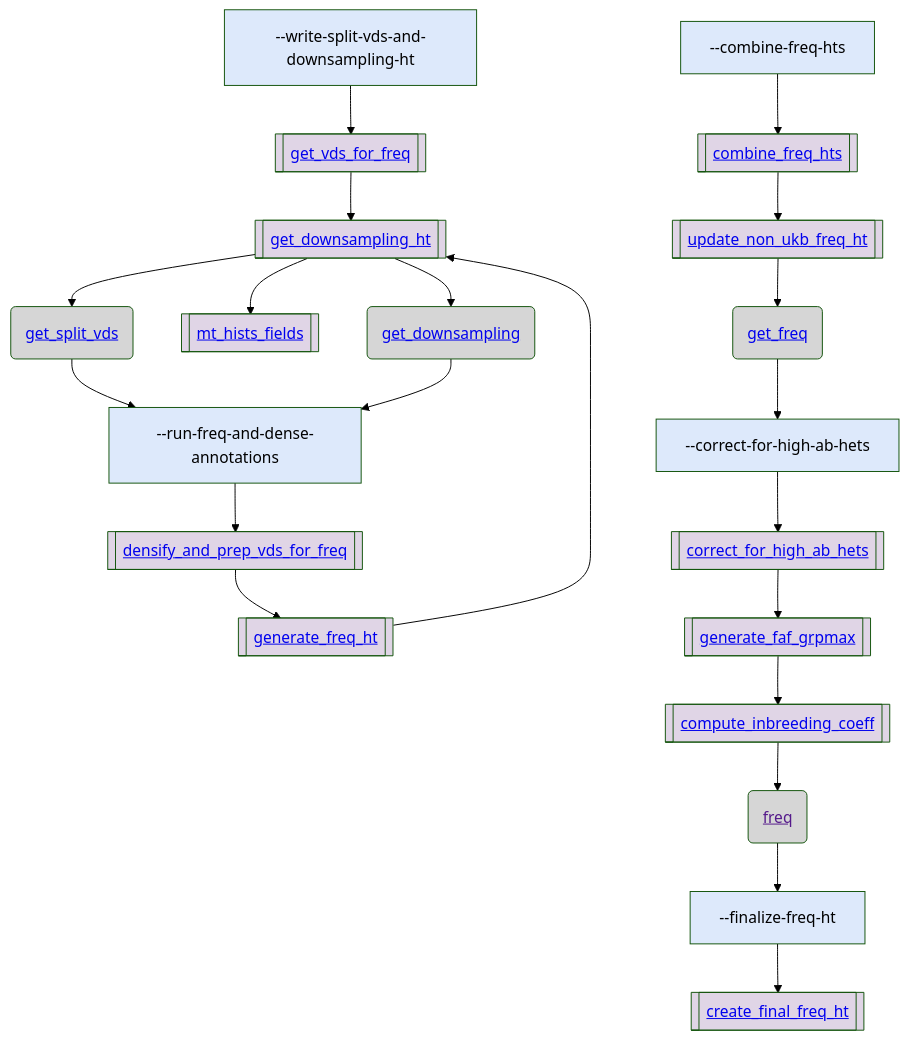
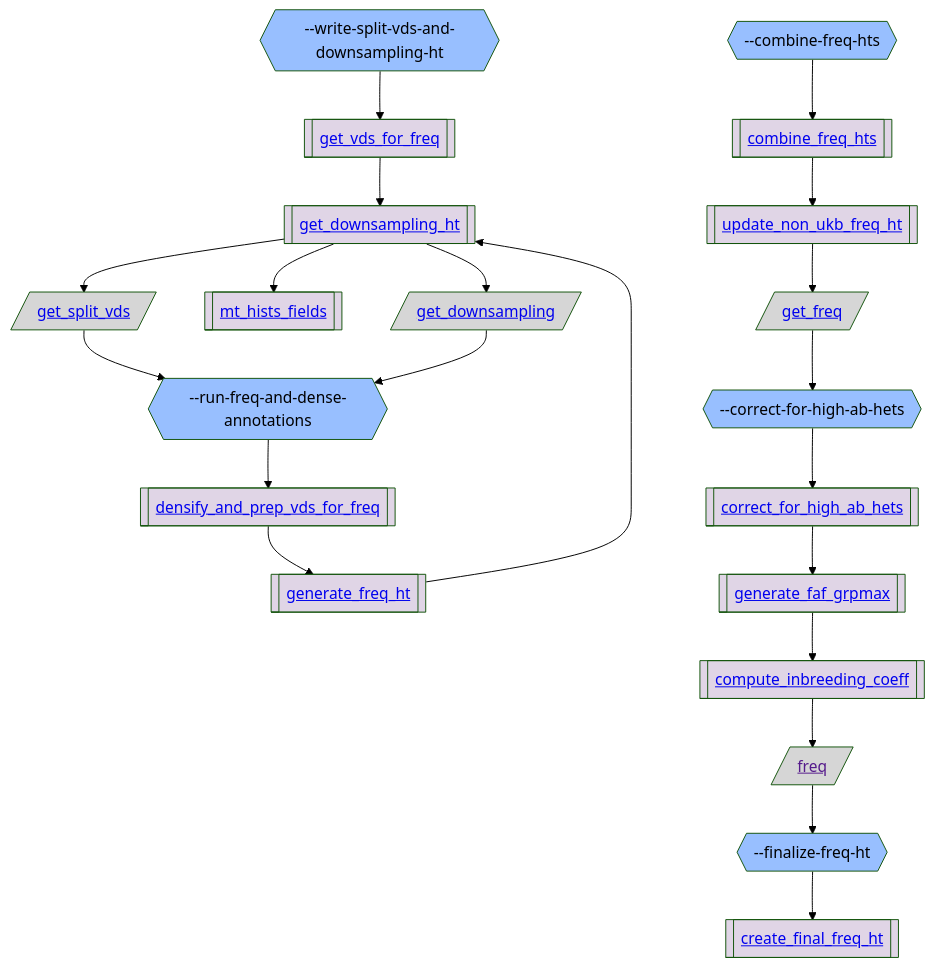
Before and after one commit to broadinstitute/gnomad_qc: the third of 5 diagrams in gnomad_qc/v4/annotations/README.md, drawn with Mermaid (forest theme). The commit also changed other lines of this file and 4 other files, not shown here.

````diff
--- a/gnomad_qc/v4/annotations/README.md
+++ b/gnomad_qc/v4/annotations/README.md
@@ -149,51 +149,51 @@
 ```mermaid
 flowchart TB;
   classDef script_color fill:#2C5D4A,color:#000000
-  classDef step_color fill:#DDE9FB,color:#000000
+  classDef step_color fill:#98BFFF,color:#000000
   classDef func_color fill:#E0D5E6,color:#000000
   classDef gnomad_methods_color fill:#F9F2CE,color:#000000
   classDef hail_color fill:#FAEACE,color:#000000
   classDef resource_color fill:#D6D6D6,color:#000000
   classDef validity_check_color fill:#2C5D4A,color:#000000
 
-  step_write_split_vds_and_downsampling_ht["--write-split-vds-and-downsampling-ht"]:::step_color;
+  step_write_split_vds_and_downsampling_ht{{"--write-split-vds-and-downsampling-ht"}}:::step_color;
   func_get_vds_for_freq[["<a href='https://github.com/broadinstitute/gnomad_qc/tree/main/gnomad_qc/v4/annotations/generate_freq.py#L202'>get_vds_for_freq</a>"]]:::func_color;
   func_get_downsampling_ht[["<a href='https://github.com/broadinstitute/gnomad_qc/tree/main/gnomad_qc/v4/annotations/generate_freq.py#L548'>get_downsampling_ht</a>"]]:::func_color;
-  resource_get_split_vds("<a href='https://github.com/broadinstitute/gnomad_qc/tree/main/gnomad_qc/v4/resources/annotations.py#L476'>get_split_vds</a>"):::resource_color;
-  step_run_freq_and_dense_annotations["--run-freq-and-dense-annotations"]:::step_color;
+  resource_get_split_vds[/"<a href='https://github.com/broadinstitute/gnomad_qc/tree/main/gnomad_qc/v4/resources/annotations.py#L476'>get_split_vds</a>"/]:::resource_color;
+  step_run_freq_and_dense_annotations{{"--run-freq-and-dense-annotations"}}:::step_color;
   func_densify_and_prep_vds_for_freq[["<a href='https://github.com/broadinstitute/gnomad_qc/tree/main/gnomad_qc/v4/annotations/generate_freq.py#L505'>densify_and_prep_vds_for_freq</a>"]]:::func_color;
   func_generate_freq_ht[["<a href='https://github.com/broadinstitute/gnomad_qc/tree/main/gnomad_qc/v4/annotations/generate_freq.py#L395'>generate_freq_ht</a>"]]:::func_color;
   func_mt_hists_fields[["<a href='https://github.com/broadinstitute/gnomad_qc/tree/main/gnomad_qc/v4/annotations/generate_freq.py#L636'>mt_hists_fields</a>"]]:::func_color;
-  resource_get_downsampling("<a href='https://github.com/broadinstitute/gnomad_qc/tree/main/gnomad_qc/v4/resources/annotations.py#L262'>get_downsampling</a>"):::resource_color;
-  step_combine_freq_hts["--combine-freq-hts"]:::step_color;
+  resource_get_downsampling[/"<a href='https://github.com/broadinstitute/gnomad_qc/tree/main/gnomad_qc/v4/resources/annotations.py#L262'>get_downsampling</a>"/]:::resource_color;
+  step_combine_freq_hts{{"--combine-freq-hts"}}:::step_color;
   func_combine_freq_hts[["<a href='https://github.com/broadinstitute/gnomad_qc/tree/main/gnomad_qc/v4/annotations/generate_freq.py#L667'>combine_freq_hts</a>"]]:::func_color;
   func_update_non_ukb_freq_ht[["<a href='https://github.com/broadinstitute/gnomad_qc/tree/main/gnomad_qc/v4/annotations/generate_freq.py#L570'>update_non_ukb_freq_ht</a>"]]:::func_color;
-  resource_get_freq("<a href='https://github.com/broadinstitute/gnomad_qc/tree/main/gnomad_qc/v4/resources/annotations.py#L284'>get_freq</a>"):::resource_color;
-  step_correct_for_high_ab_hets["--correct-for-high-ab-hets"]:::step_color;
+  resource_get_freq[/"<a href='https://github.com/broadinstitute/gnomad_qc/tree/main/gnomad_qc/v4/resources/annotations.py#L284'>get_freq</a>"/]:::resource_color;
+  step_correct_for_high_ab_hets{{"--correct-for-high-ab-hets"}}:::step_color;
   func_correct_for_high_ab_hets[["<a href='https://github.com/broadinstitute/gnomad_qc/tree/main/gnomad_qc/v4/annotations/generate_freq.py#L754'>correct_for_high_ab_hets</a>"]]:::func_color;
   func_generate_faf_grpmax[["<a href='https://github.com/broadinstitute/gnomad_qc/tree/main/gnomad_qc/v4/annotations/generate_freq.py#L815'>generate_faf_grpmax</a>"]]:::func_color;
   func_compute_inbreeding_coeff[["<a href='https://github.com/broadinstitute/gnomad_qc/tree/main/gnomad_qc/v4/annotations/generate_freq.py#L882'>compute_inbreeding_coeff</a>"]]:::func_color;
-  resource_freq("<a href=''>freq</a>"):::resource_color;
-  step_finalize_freq_ht["--finalize-freq-ht"]:::step_color;
+  resource_freq[/"<a href=''>freq</a>"/]:::resource_color;
+  step_finalize_freq_ht{{"--finalize-freq-ht"}}:::step_color;
   func_create_final_freq_ht[["<a href='https://github.com/broadinstitute/gnomad_qc/tree/main/gnomad_qc/v4/annotations/generate_freq.py#L896'>create_final_freq_ht</a>"]]:::func_color;
   step_write_split_vds_and_downsampling_ht --> func_get_vds_for_freq;
   func_get_vds_for_freq --> func_get_downsampling_ht;
   func_get_downsampling_ht --> resource_get_split_vds;
   resource_get_split_vds --> step_run_freq_and_dense_annotations;
   step_run_freq_and_dense_annotations --> func_densify_and_prep_vds_for_freq;
   func_densify_and_prep_vds_for_freq --> func_generate_freq_ht;
   func_generate_freq_ht --> func_get_downsampling_ht;
   func_get_downsampling_ht --> func_mt_hists_fields;
   func_get_downsampling_ht --> resource_get_downsampling;
   resource_get_downsampling --> step_run_freq_and_dense_annotations;
   step_combine_freq_hts --> func_combine_freq_hts;
   func_combine_freq_hts --> func_update_non_ukb_freq_ht;
   func_update_non_ukb_freq_ht --> resource_get_freq;
   resource_get_freq --> step_correct_for_high_ab_hets;
   step_correct_for_high_ab_hets --> func_correct_for_high_ab_hets;
   func_correct_for_high_ab_hets --> func_generate_faf_grpmax;
   func_generate_faf_grpmax --> func_compute_inbreeding_coeff;
   func_compute_inbreeding_coeff --> resource_freq;
   resource_freq --> step_finalize_freq_ht;
   step_finalize_freq_ht --> func_create_final_freq_ht;
 ```
````
